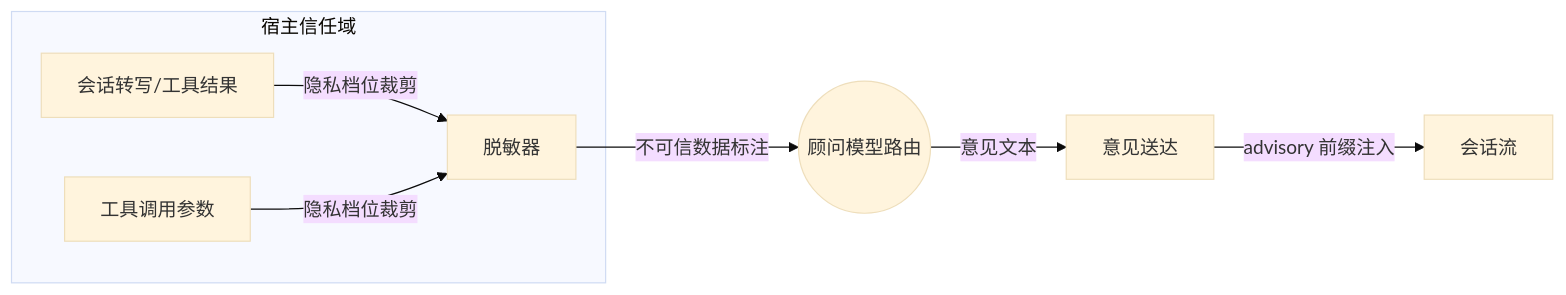
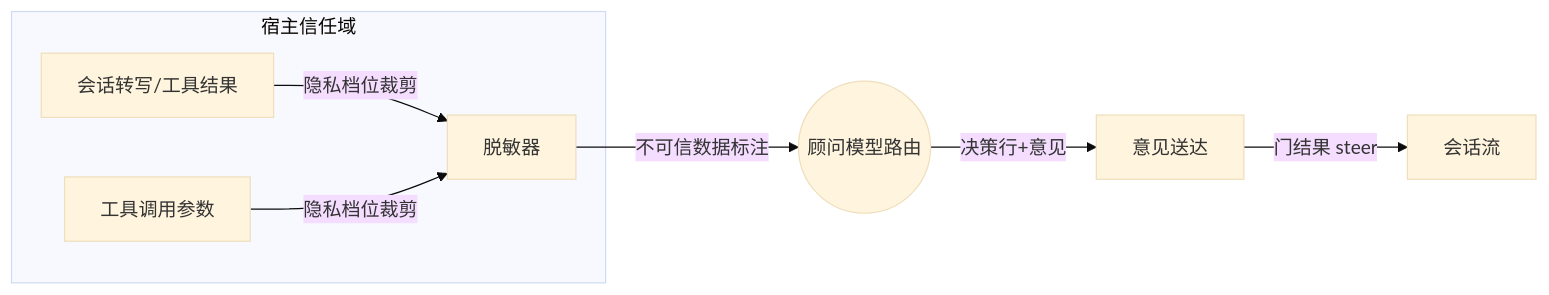
Before and after one commit to ccll/dsh-advisor-flow: the eighth of 9 diagrams in SOLUTION.md, drawn with Mermaid (base theme). The commit also changed other lines of this file and 6 other files, not shown here.

````diff
--- a/SOLUTION.md
+++ b/SOLUTION.md
@@ -269,13 +255,13 @@
 ```mermaid
 flowchart LR
     subgraph trust[宿主信任域]
         transcript[会话转写/工具结果]
         args[工具调用参数]
         red[脱敏器]
     end
     transcript -->|隐私档位裁剪| red
     args -->|隐私档位裁剪| red
     red -->|不可信数据标注| route((顾问模型路由))
-    route -->|意见文本| deliver[意见送达]
-    deliver -->|advisory 前缀注入| session[会话流]
+    route -->|决策行+意见| deliver[意见送达]
+    deliver -->|门结果 steer| session[会话流]
 ```
````
